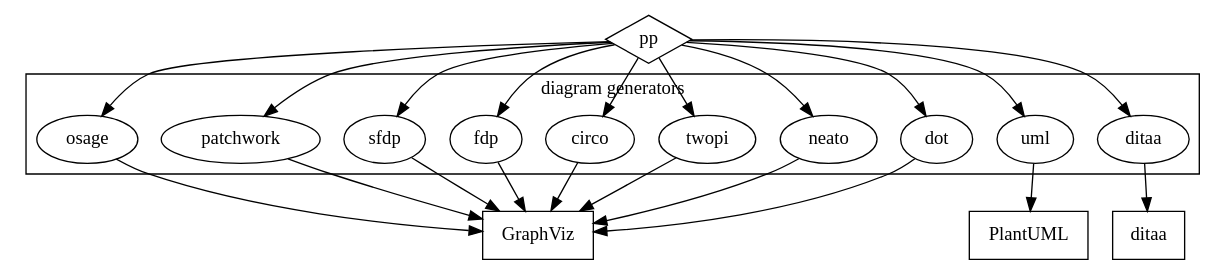
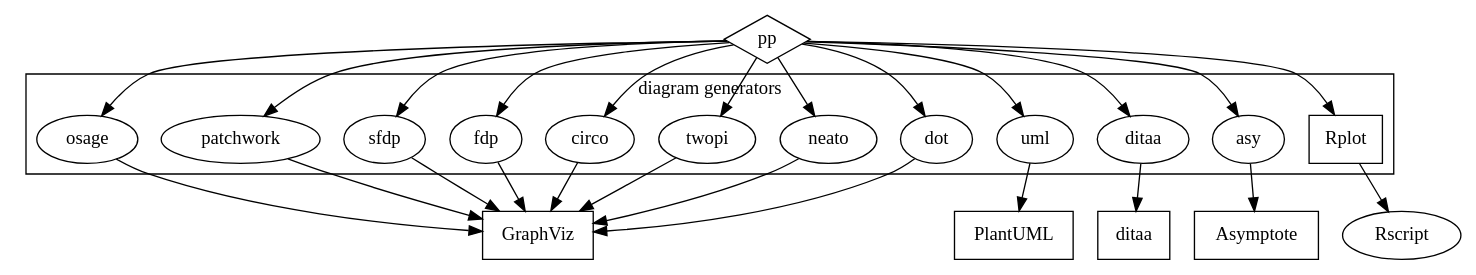
The diagram in doc/img/pp-generators.gv (CDSoft/pp), drawn with Graphviz before and after one commit. The commit also changed 22 other files, not shown here.

```diff
--- a/doc/img/pp-generators.gv
+++ b/doc/img/pp-generators.gv
@@ -1,26 +1,30 @@
 
 digraph {
 
     subgraph cluster_cmd {
         label = "diagram generators"
-        dot neato twopi circo fdp sfdp patchwork osage uml ditaa
+        dot neato twopi circo fdp sfdp patchwork osage uml ditaa asy Rplot
     }
 
     PP [label="pp" shape=diamond]
-    dot neato twopi circo fdp sfdp patchwork osage uml ditaa
+    dot neato twopi circo fdp sfdp patchwork osage uml ditaa asy Rplot
     GraphViz [shape=box]
     PlantUML [shape=box]
     DITAA [shape=box label=ditaa]
+    Asymptote [shape=box]
+    Rplot [shape=box]
 
-    PP -> {dot neato twopi circo fdp sfdp patchwork osage uml ditaa}
+    PP -> {dot neato twopi circo fdp sfdp patchwork osage uml ditaa asy Rplot}
     dot -> GraphViz
     neato -> GraphViz
     twopi -> GraphViz
     circo -> GraphViz
     fdp -> GraphViz
     sfdp -> GraphViz
     patchwork -> GraphViz
     osage -> GraphViz
     uml -> PlantUML
     ditaa -> DITAA
+    asy -> Asymptote
+    Rplot -> Rscript
 }
```
